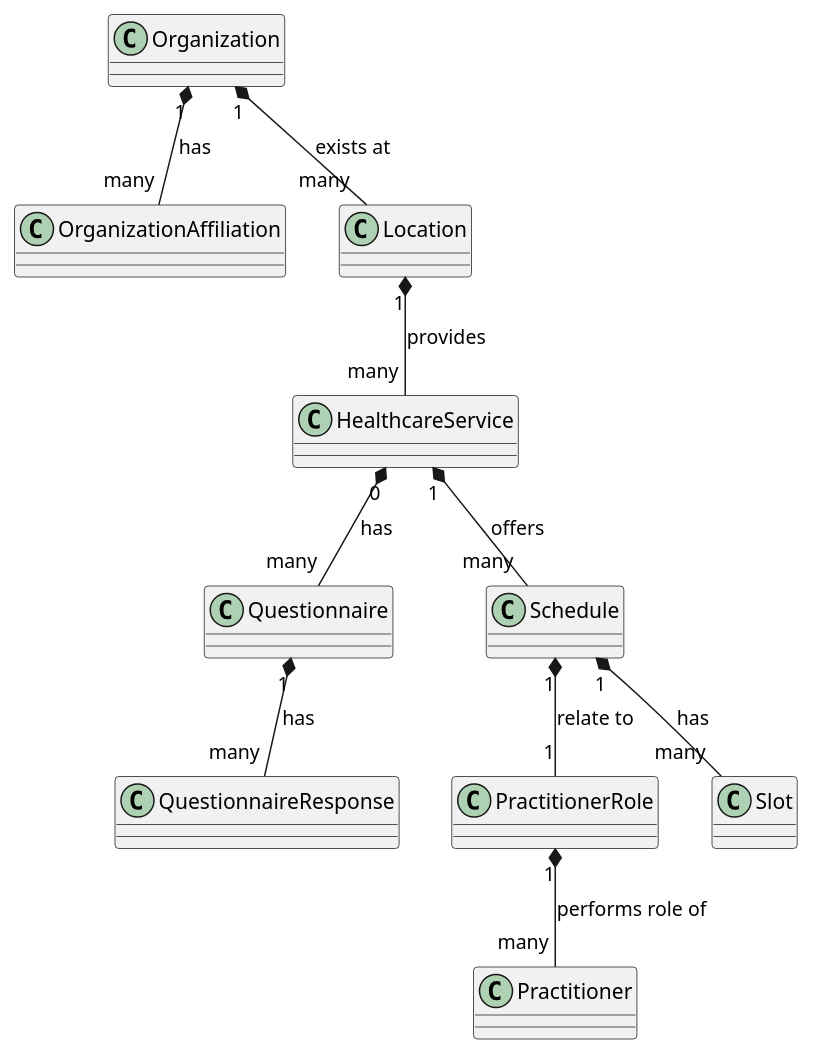
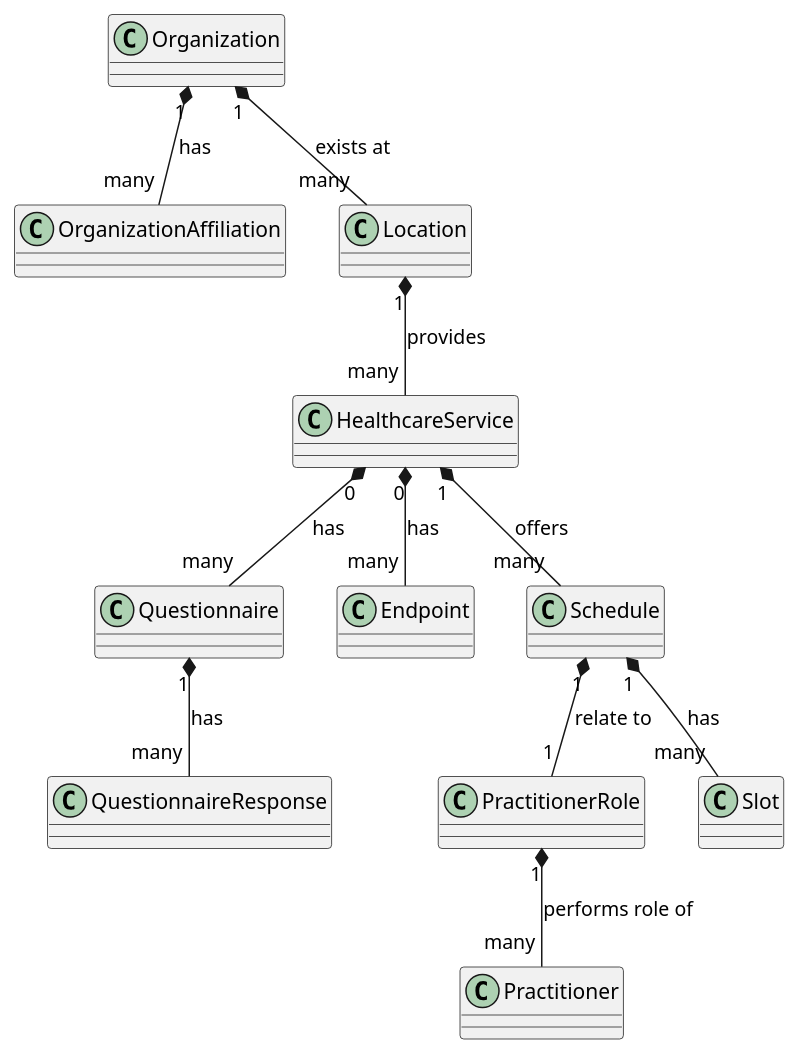
The second of 2 diagrams in NHSEnglandProgrammeImplementationGuides/backup/guides/Directory-of-Service/Home/Design/Data-mapping.page.md (NHSDigital/IOPS-FHIR-Simplifier-Backup), drawn with PlantUML before and after one commit. The commit also changed other lines of this file and 12 other files, not shown here.

```diff
--- a/NHSEnglandProgrammeImplementationGuides/backup/guides/Directory-of-Service/Home/Design/Data-mapping.page.md
+++ b/NHSEnglandProgrammeImplementationGuides/backup/guides/Directory-of-Service/Home/Design/Data-mapping.page.md
@@ -265,11 +271,12 @@
 @startuml
 Organization "1" *-- "many" OrganizationAffiliation : has
 Organization "1" *-- "many" Location : exists at
 Location "1" *-- "many" HealthcareService : provides
 HealthcareService "0" *-- "many" Questionnaire : has
+HealthcareService "0" *-- "many" Endpoint : has
 Questionnaire "1" *-- "many" QuestionnaireResponse: has
 HealthcareService "1" *-- "many" Schedule : offers
 Schedule "1" *-- "1" PractitionerRole : relate to
 PractitionerRole "1" *-- "many" Practitioner : performs role of
 Schedule "1" *-- "many" Slot : has
 @enduml
```
